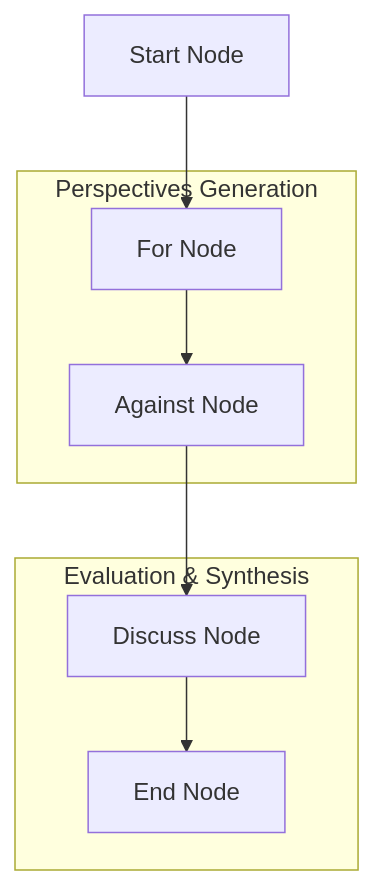
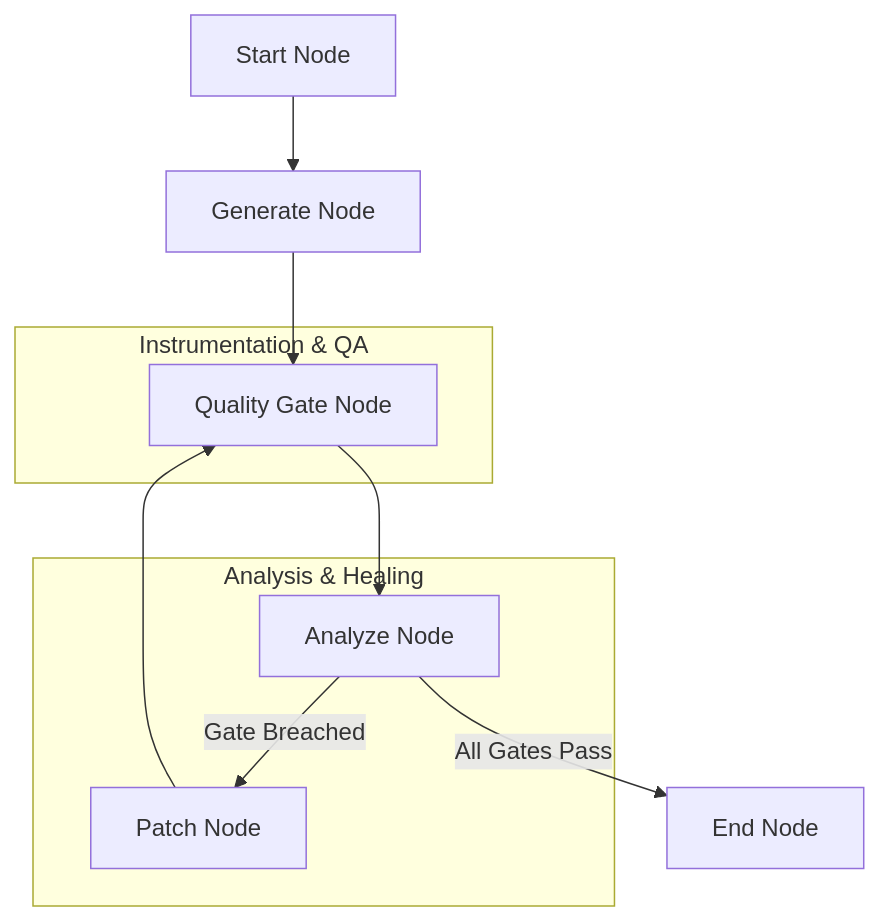
The diagram in README.md (Adrian-patrick/agentic-ai-design-patterns), drawn with Mermaid before and after one commit. The commit also changed other lines of this file and 11 other files, not shown here.

````diff
--- a/README.md
+++ b/README.md
@@ -18,17 +20,18 @@
 ```mermaid
 graph TD
-    StartNode[Start Node] --> ForNode[For Node]
-    ForNode --> AgainstNode[Against Node]
-    AgainstNode --> DiscussNode[Discuss Node]
-    DiscussNode --> EndNode[End Node]
+    StartNode[Start Node] --> GenerateNode[Generate Node]
+    GenerateNode --> QualityGateNode[Quality Gate Node]
+    QualityGateNode --> AnalyzeNode[Analyze Node]
+    AnalyzeNode -->|Gate Breached| PatchNode[Patch Node]
+    PatchNode --> QualityGateNode
+    AnalyzeNode -->|All Gates Pass| EndNode[End Node]
 
-    subgraph "Perspectives Generation"
-        ForNode
-        AgainstNode
+    subgraph "Instrumentation & QA"
+        QualityGateNode
     end
 
-    subgraph "Evaluation & Synthesis"
-        DiscussNode
-        EndNode
+    subgraph "Analysis & Healing"
+        AnalyzeNode
+        PatchNode
     end
 ```
````
